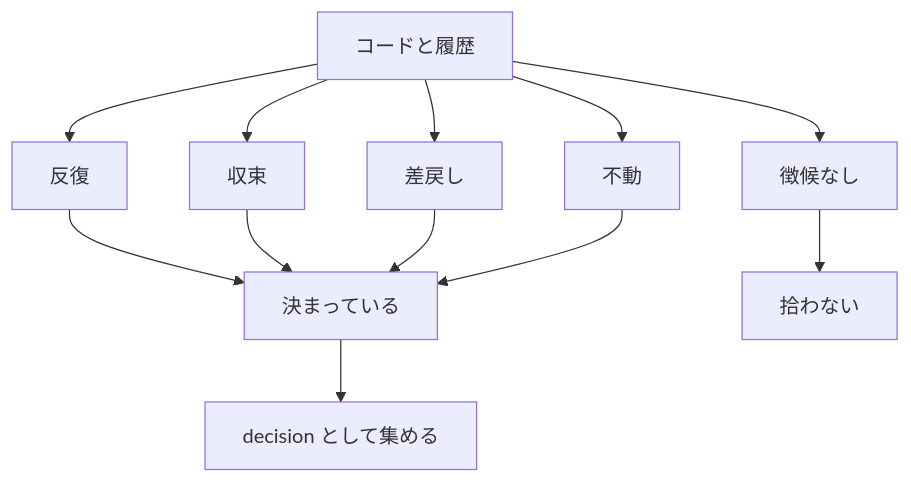
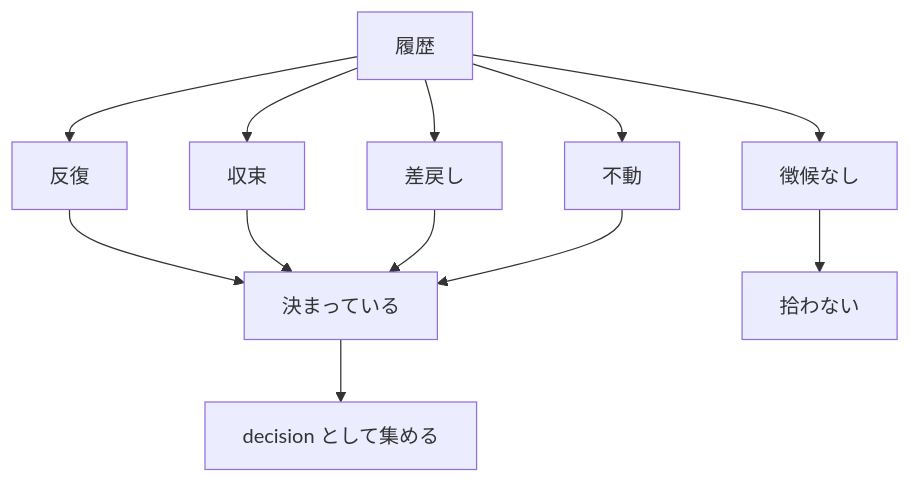
One commit to gameundwatch/codifier changed the second of 2 diagrams in docs/archivist/L3_structures/collection-signs.md. Above: the diagram before and after it, drawn with Mermaid. The commit also changed other lines of this file and 15 other files, not shown here.

````diff
--- a/docs/archivist/L3_structures/collection-signs.md
+++ b/docs/archivist/L3_structures/collection-signs.md
@@ -24,13 +26,13 @@
 ```mermaid
 flowchart TD
-    S[コードと履歴] --> R[反復]
+    S[履歴] --> R[反復]
     S --> V[収束]
     S --> B[差戻し]
     S --> F[不動]
     R --> Y[決まっている]
     V --> Y
     B --> Y
     F --> Y
     S --> N[徴候なし] --> Z[拾わない]
     Y --> G[decision として集める]
 ```
````
